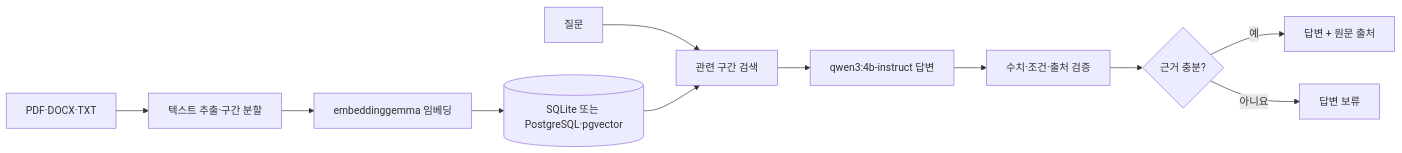
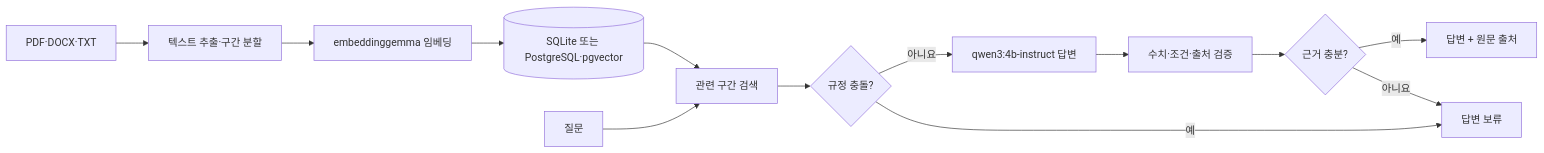
The diagram in README.md (fevvbbwg/munsodam), drawn with Mermaid before and after one commit. The commit also changed other lines of this file and 20 other files, not shown here.

````diff
--- a/README.md
+++ b/README.md
@@ -28,13 +28,15 @@
 ```mermaid
 flowchart LR
     A[PDF·DOCX·TXT] --> B[텍스트 추출·구간 분할]
     B --> C[embeddinggemma 임베딩]
     C --> D[(SQLite 또는 PostgreSQL·pgvector)]
     Q[질문] --> E[관련 구간 검색]
     D --> E
-    E --> F[qwen3:4b-instruct 답변]
+    E --> X{규정 충돌?}
+    X -- 아니요 --> F[qwen3:4b-instruct 답변]
+    X -- 예 --> J[답변 보류]
     F --> G[수치·조건·출처 검증]
     G --> H{근거 충분?}
     H -- 예 --> I[답변 + 원문 출처]
     H -- 아니요 --> J[답변 보류]
 ```
````
